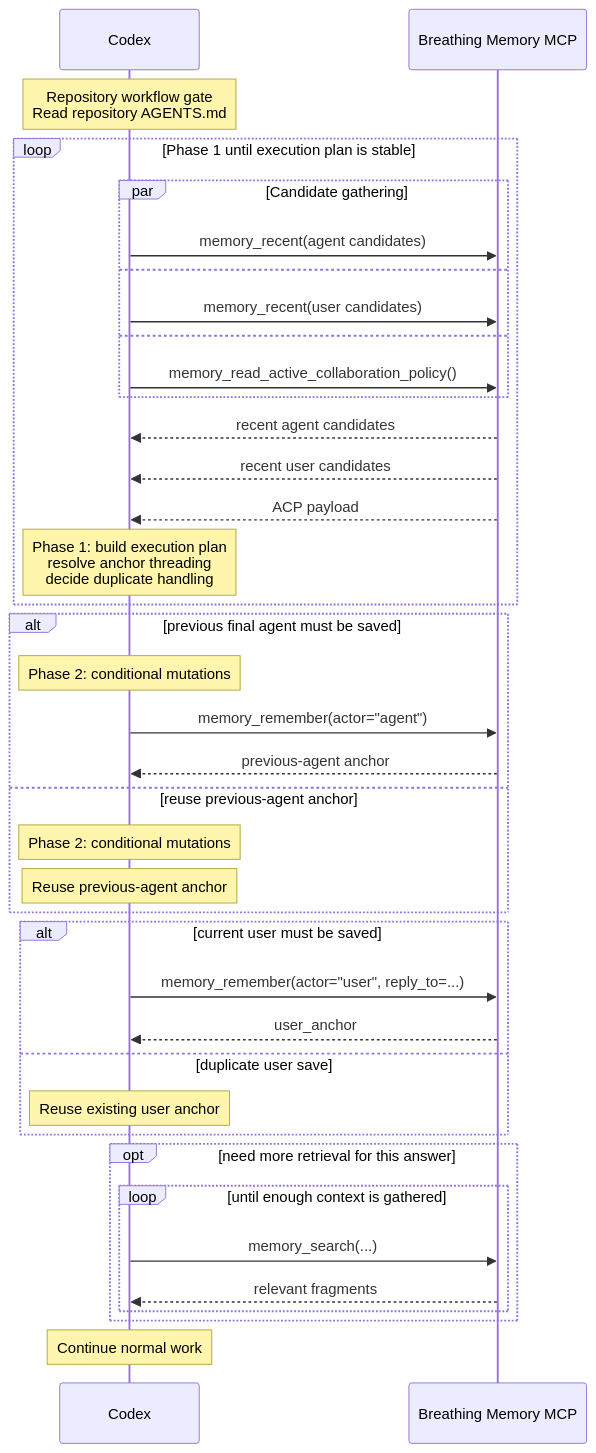
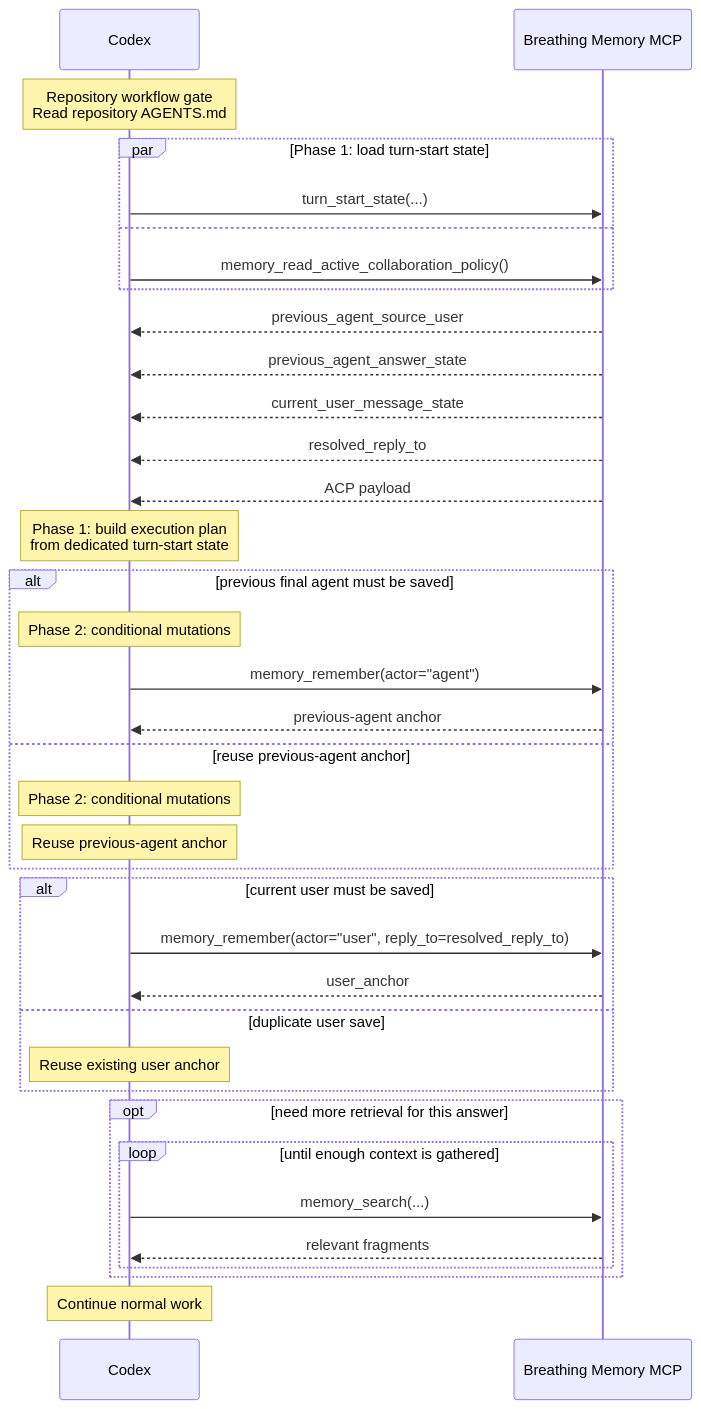
Before and after one commit to KazinaG/breathing_memory: the first of 2 diagrams in docs/mcp-turn-flows.md, drawn with Mermaid. The commit also changed other lines of this file, not shown here.

Commit message:
docs: pivot turn-flow notes to dedicated API design

````diff
--- a/docs/mcp-turn-flows.md
+++ b/docs/mcp-turn-flows.md
@@ -20,48 +40,46 @@
 ```mermaid
 sequenceDiagram
     participant Codex
     participant BM as Breathing Memory MCP
 
     Note over Codex: Repository workflow gate<br/>Read repository AGENTS.md
 
-    loop Phase 1 until execution plan is stable
-        par Candidate gathering
-            Codex->>BM: memory_recent(agent candidates)
-        and
-            Codex->>BM: memory_recent(user candidates)
-        and
-            Codex->>BM: memory_read_active_collaboration_policy()
-        end
+    par Phase 1: load turn-start state
+        Codex->>BM: turn_start_state(...)
+    and
+        Codex->>BM: memory_read_active_collaboration_policy()
+    end
 
-        BM-->>Codex: recent agent candidates
-        BM-->>Codex: recent user candidates
-        BM-->>Codex: ACP payload
+    BM-->>Codex: previous_agent_source_user
+    BM-->>Codex: previous_agent_answer_state
+    BM-->>Codex: current_user_message_state
+    BM-->>Codex: resolved_reply_to
+    BM-->>Codex: ACP payload
 
-        Note over Codex: Phase 1: build execution plan<br/>resolve anchor threading<br/>decide duplicate handling
-    end
+    Note over Codex: Phase 1: build execution plan<br/>from dedicated turn-start state
 
     alt previous final agent must be saved
         Note over Codex: Phase 2: conditional mutations
         Codex->>BM: memory_remember(actor="agent")
         BM-->>Codex: previous-agent anchor
     else reuse previous-agent anchor
         Note over Codex: Phase 2: conditional mutations
         Note over Codex: Reuse previous-agent anchor
     end
 
     alt current user must be saved
-        Codex->>BM: memory_remember(actor="user", reply_to=...)
+        Codex->>BM: memory_remember(actor="user", reply_to=resolved_reply_to)
         BM-->>Codex: user_anchor
     else duplicate user save
         Note over Codex: Reuse existing user anchor
     end
 
     opt need more retrieval for this answer
         loop until enough context is gathered
             Codex->>BM: memory_search(...)
             BM-->>Codex: relevant fragments
         end
     end
 
     Note over Codex: Continue normal work
 ```
````
